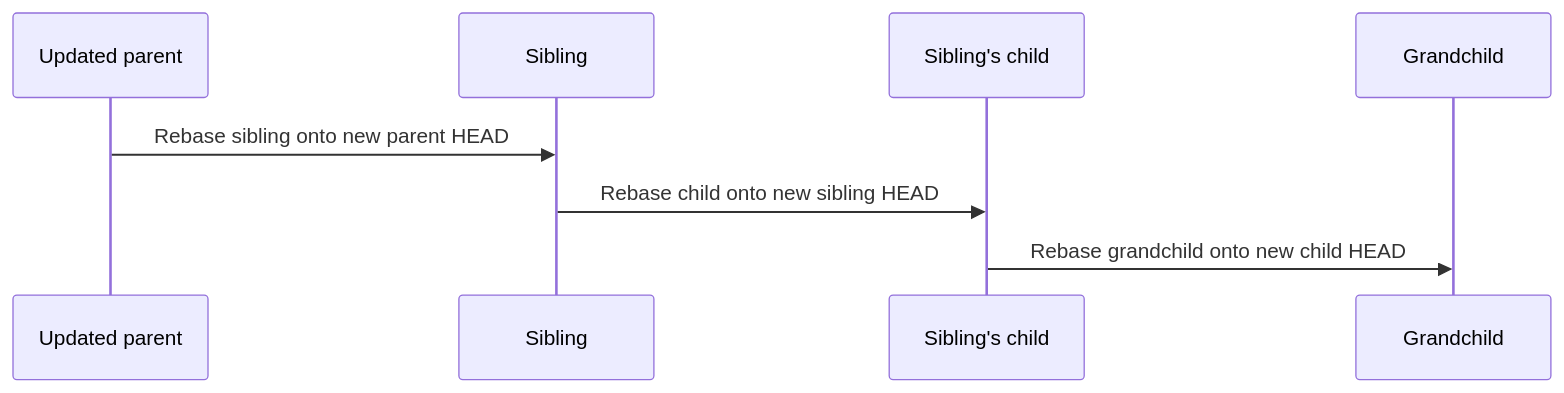
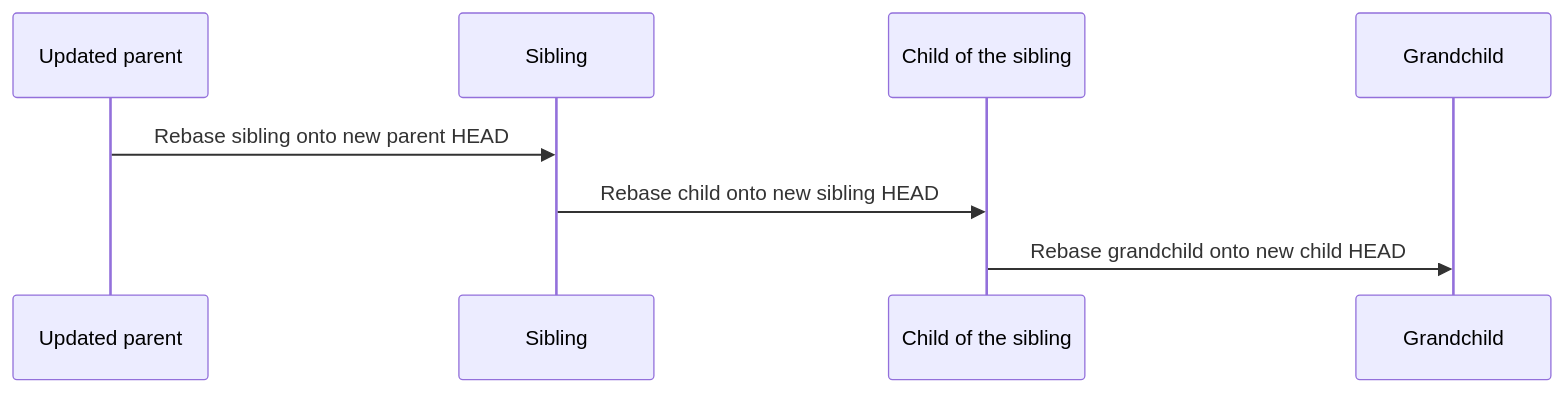
One commit to fsw0422/.ksp changed the diagram in skills/spec-workflow/references/git-operations.md. Above: the diagram before and after it, drawn with Mermaid. The commit also changed other lines of this file and 17 other files, not shown here.

````diff
--- a/skills/spec-workflow/references/git-operations.md
+++ b/skills/spec-workflow/references/git-operations.md
@@ -131,10 +157,10 @@
 ```mermaid
 sequenceDiagram
     participant P as Updated parent
     participant S as Sibling
-    participant C as Sibling's child
+    participant C as Child of the sibling
     participant G as Grandchild
     P->>S: Rebase sibling onto new parent HEAD
     S->>C: Rebase child onto new sibling HEAD
     C->>G: Rebase grandchild onto new child HEAD
 ```
````
